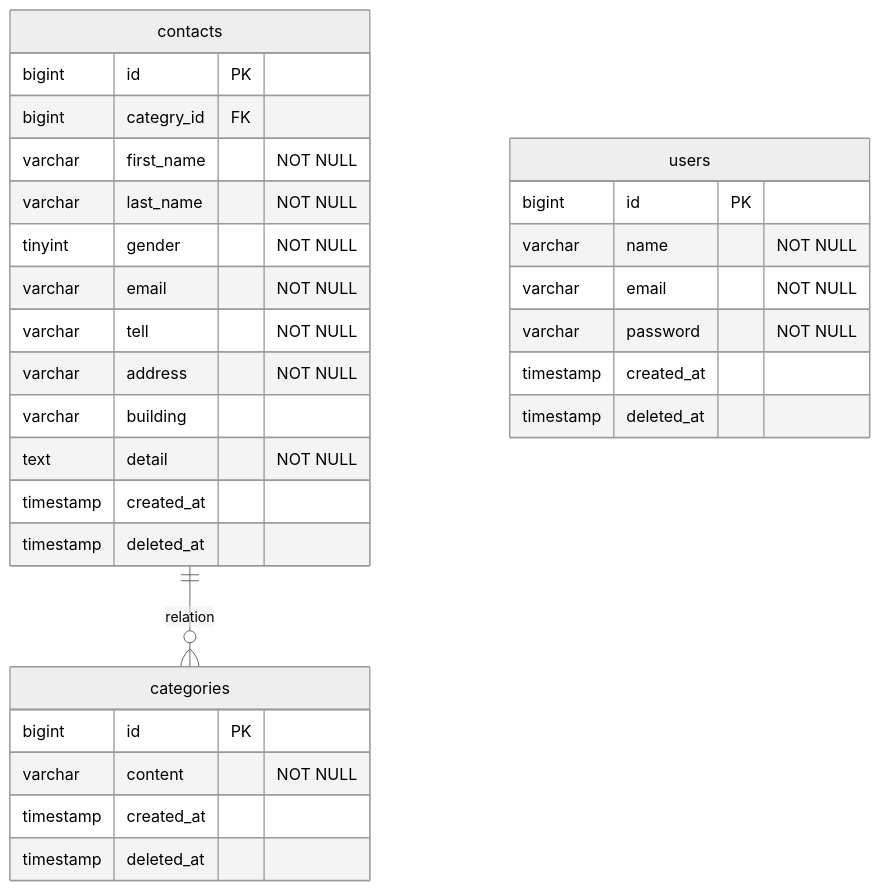
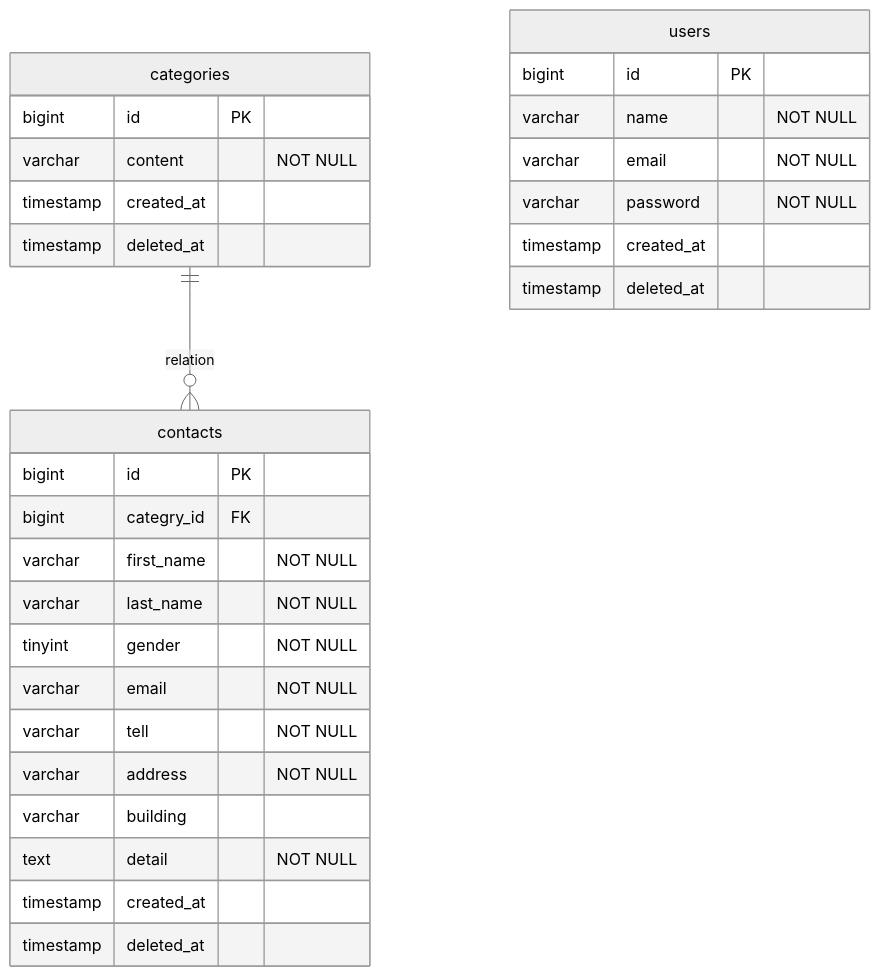
Before and after one commit to yukit4mu/test_contact-form: the diagram in README.md, drawn with Mermaid (neutral theme).

````diff
--- a/README.md
+++ b/README.md
@@ -28,36 +28,36 @@
 ```mermaid
 erDiagram
 
-  contacts ||--o{categories : "relation"
+  categories ||--o{contacts : "relation"
 
   contacts {
     bigint id PK
     bigint categry_id FK
     varchar first_name "NOT NULL"
     varchar last_name "NOT NULL"
     tinyint gender "NOT NULL"
     varchar email "NOT NULL"
     varchar tell "NOT NULL"
     varchar address "NOT NULL"
     varchar building
     text detail "NOT NULL"
     timestamp created_at
     timestamp deleted_at
   }
 
    categories{
     bigint id PK
     varchar content "NOT NULL"
     timestamp created_at
     timestamp deleted_at
   }
 
   users {
     bigint id PK
     varchar name "NOT NULL"
     varchar email "NOT NULL"
     varchar password "NOT NULL"
     timestamp created_at
     timestamp deleted_at
   }
 ```
````
